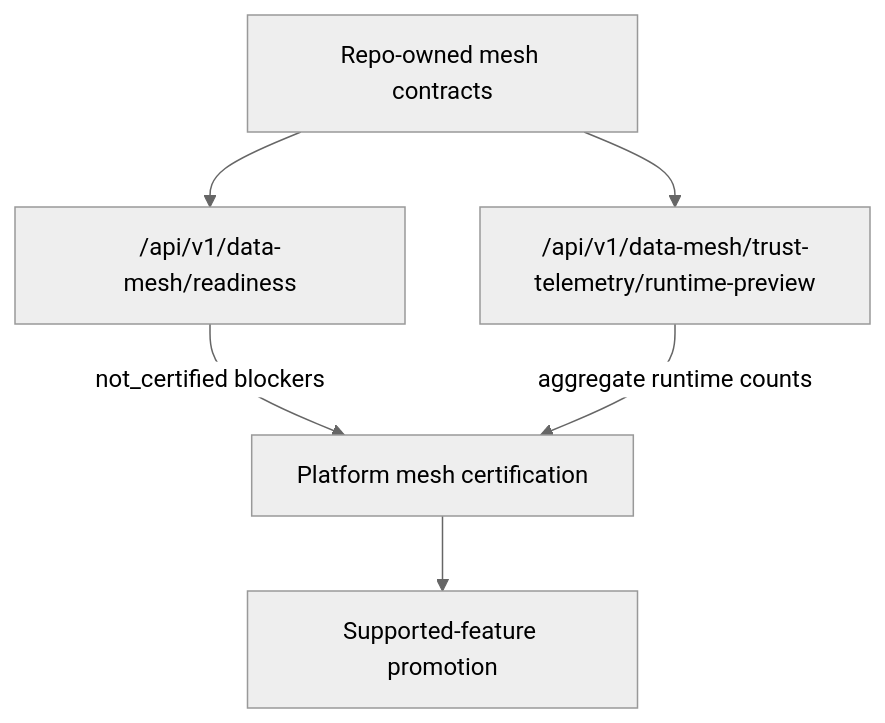
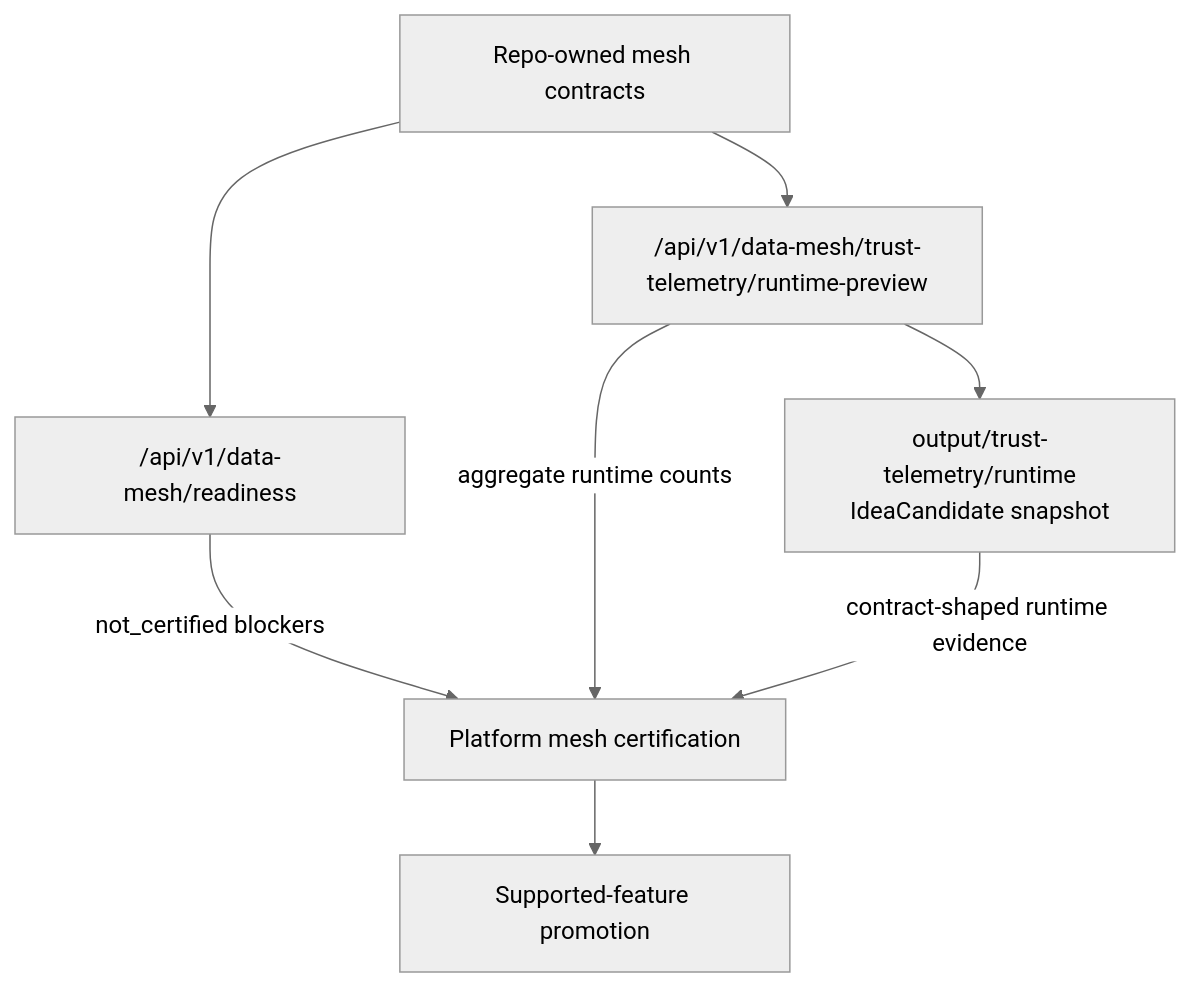
Before and after one commit to sgajbi/lotus-idea: the second of 2 diagrams in wiki/Architecture.md, drawn with Mermaid (neutral theme). The commit also changed other lines of this file and 18 other files, not shown here.

Commit message:
Document runtime trust telemetry snapshot posture

````diff
--- a/wiki/Architecture.md
+++ b/wiki/Architecture.md
@@ -48,14 +48,17 @@
 ```mermaid
 flowchart TD
     Contracts["Repo-owned mesh contracts"]
     Readiness["/api/v1/data-mesh/readiness"]
     Preview["/api/v1/data-mesh/trust-telemetry/runtime-preview"]
+    Snapshot["output/trust-telemetry/runtime<br/>IdeaCandidate snapshot"]
     Platform["Platform mesh certification"]
     Promotion["Supported-feature promotion"]
 
     Contracts --> Readiness
     Contracts --> Preview
+    Preview --> Snapshot
     Readiness -->|"not_certified blockers"| Platform
     Preview -->|"aggregate runtime counts"| Platform
+    Snapshot -->|"contract-shaped runtime evidence"| Platform
     Platform --> Promotion
 ```
````
